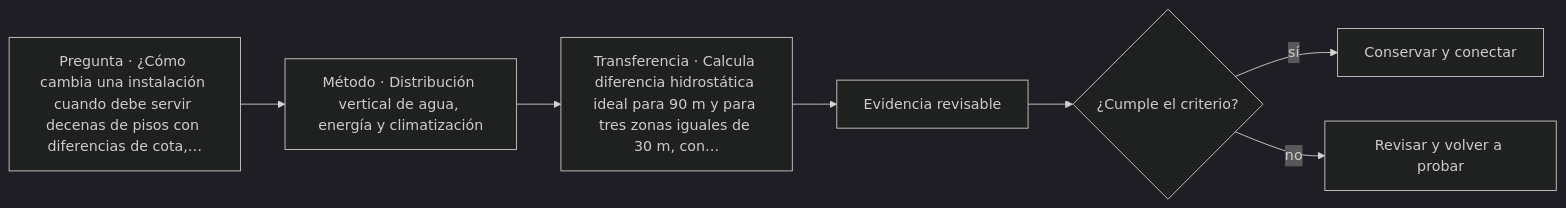
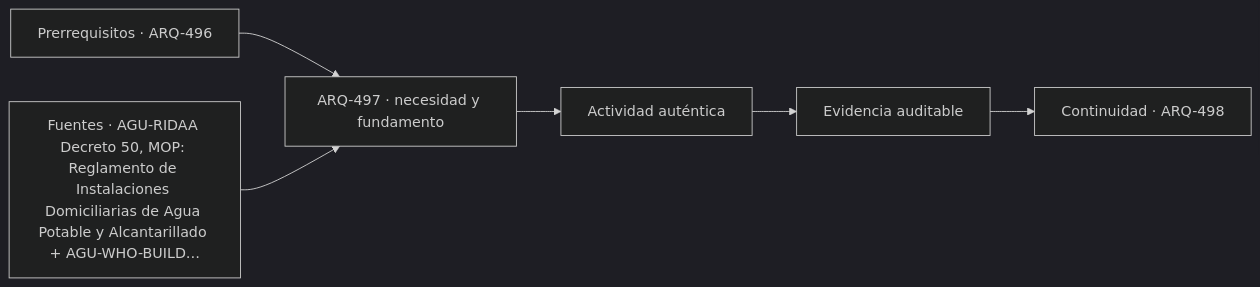
The diagram in classes/parte-50/ARQ-497.md (vladimiracunadev-create/architecture-built-environment-learning-program), drawn with Mermaid (dark theme) before and after one commit. The commit also changed other lines of this file and 761 other files, not shown here.

````diff
--- a/classes/parte-50/ARQ-497.md
+++ b/classes/parte-50/ARQ-497.md
@@ -89,9 +101,8 @@
 ```mermaid
 flowchart LR
-    Q["Pregunta · ¿Cómo cambia una instalación cuando debe servir decenas de pisos con diferencias de cota,…"] --> M["Método · Distribución vertical de agua, energía y climatización"]
-    M --> P["Transferencia · Calcula diferencia hidrostática ideal para 90 m y para tres zonas iguales de 30 m, con…"]
-    P --> E["Evidencia revisable"]
-    E --> C{"¿Cumple el criterio?"}
-    C -->|sí| T["Conservar y conectar"]
-    C -->|no| R["Revisar y volver a probar"]
+    A["Prerrequisitos · ARQ-496"] --> B["ARQ-497 · necesidad y fundamento"]
+    S["Fuentes · AGU-RIDAA Decreto 50, MOP: Reglamento de Instalaciones Domiciliarias de Agua Potable y Alcantarillado + AGU-WHO-BUILD…"] --> B
+    B --> C["Actividad auténtica"]
+    C --> D["Evidencia auditable"]
+    D --> E["Continuidad · ARQ-498"]
 ```
````
